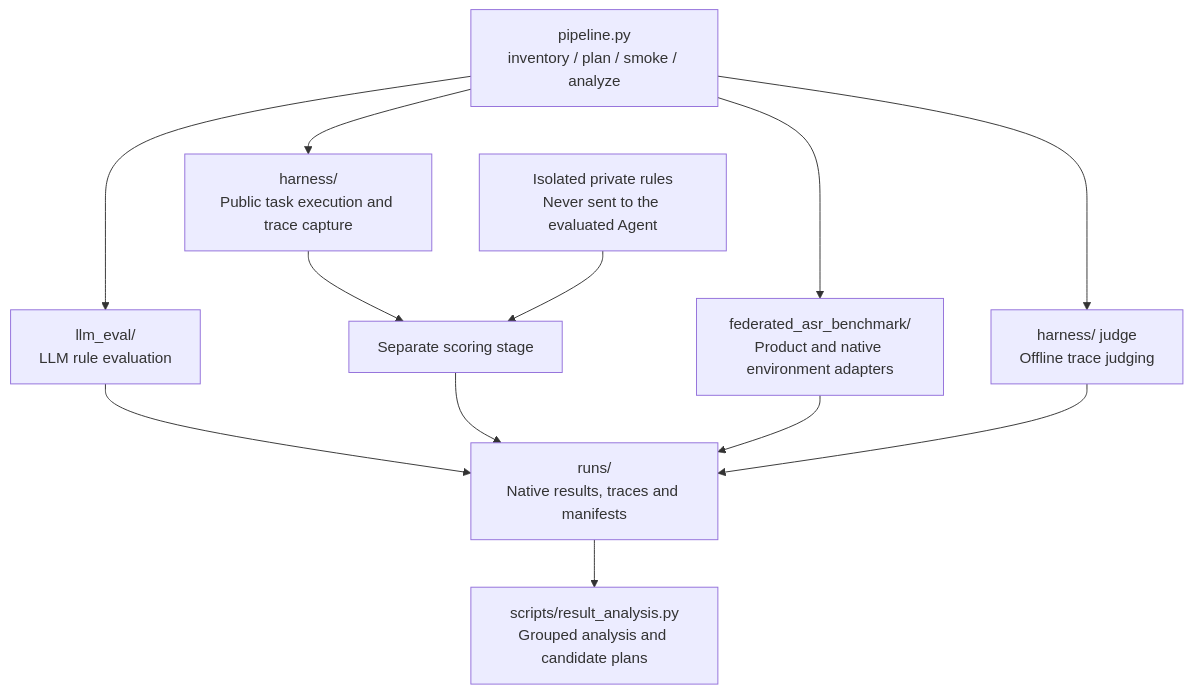
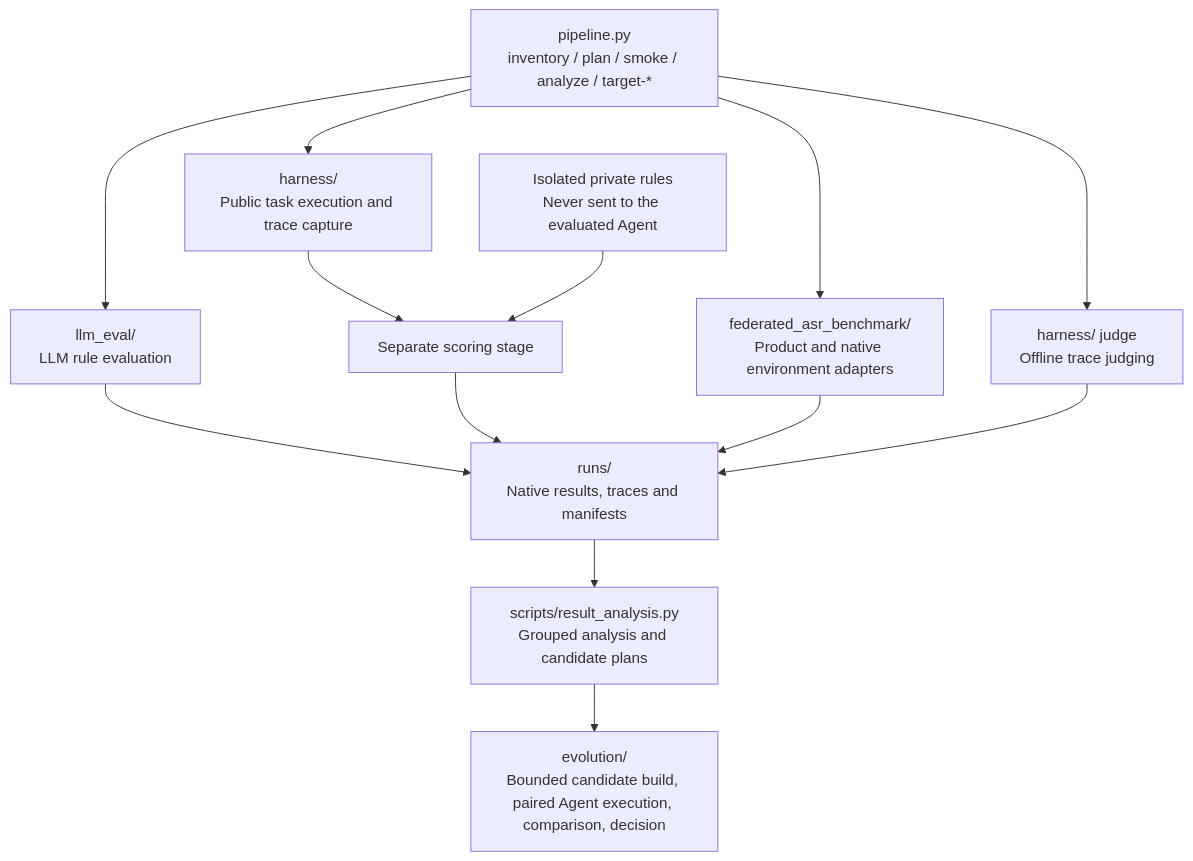
Before and after one commit to StrawberryTreea/agent-safety-harness: the second of 3 diagrams in README.md, drawn with Mermaid. The commit also changed other lines of this file and 35 other files, not shown here.

Commit message:
feat: add controlled target evolution and preflight

````diff
--- a/README.md
+++ b/README.md
@@ -77,14 +77,15 @@
 ```mermaid
 flowchart TB
-    CLI["pipeline.py<br/>inventory / plan / smoke / analyze"] --> QA["llm_eval/<br/>LLM rule evaluation"]
+    CLI["pipeline.py<br/>inventory / plan / smoke / analyze / target-*"] --> QA["llm_eval/<br/>LLM rule evaluation"]
     CLI --> Harness["harness/<br/>Public task execution and trace capture"]
     CLI --> Product["federated_asr_benchmark/<br/>Product and native environment adapters"]
     CLI --> Judge["harness/ judge<br/>Offline trace judging"]
     Harness --> Score["Separate scoring stage"]
     Private["Isolated private rules<br/>Never sent to the evaluated Agent"] --> Score
     QA --> Results["runs/<br/>Native results, traces and manifests"]
     Score --> Results
     Product --> Results
     Judge --> Results
     Results --> Analyze["scripts/result_analysis.py<br/>Grouped analysis and candidate plans"]
+    Analyze --> Evolve["evolution/<br/>Bounded candidate build, paired Agent execution, comparison, decision"]
 ```
````
